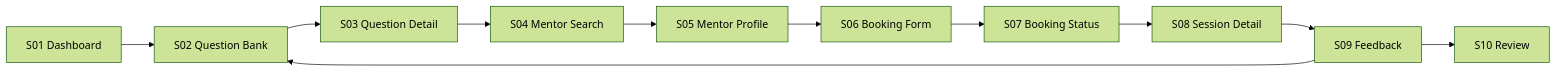
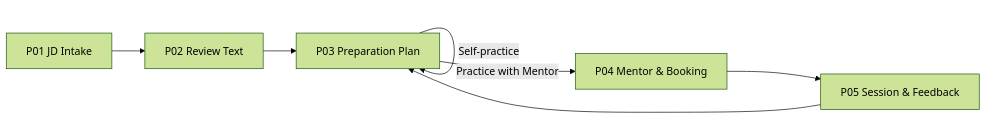
The first of 3 diagrams in docs/Project_Prototype/Prototype_Workflow.md (tnnhuaa/InterviewQuestionBank), drawn with Mermaid (forest theme) before and after one commit. The commit also changed other lines of this file and 8 other files, not shown here.

````diff
--- a/docs/Project_Prototype/Prototype_Workflow.md
+++ b/docs/Project_Prototype/Prototype_Workflow.md
@@ -19,13 +19,9 @@
 ```mermaid
 flowchart LR
-    S01["S01 Dashboard"] --> S02["S02 Question Bank"]
-    S02 --> S03["S03 Question Detail"]
-    S03 --> S04["S04 Mentor Search"]
-    S04 --> S05["S05 Mentor Profile"]
-    S05 --> S06["S06 Booking Form"]
-    S06 --> S07["S07 Booking Status"]
-    S07 --> S08["S08 Session Detail"]
-    S08 --> S09["S09 Feedback"]
-    S09 --> S02
-    S09 --> S10["S10 Review"]
+    P01["P01 JD Intake"] --> P02["P02 Review Text"]
+    P02 --> P03["P03 Preparation Plan"]
+    P03 -->|"Self-practice"| P03
+    P03 -->|"Practice with Mentor"| P04["P04 Mentor & Booking"]
+    P04 --> P05["P05 Session & Feedback"]
+    P05 --> P03
 ```
````
